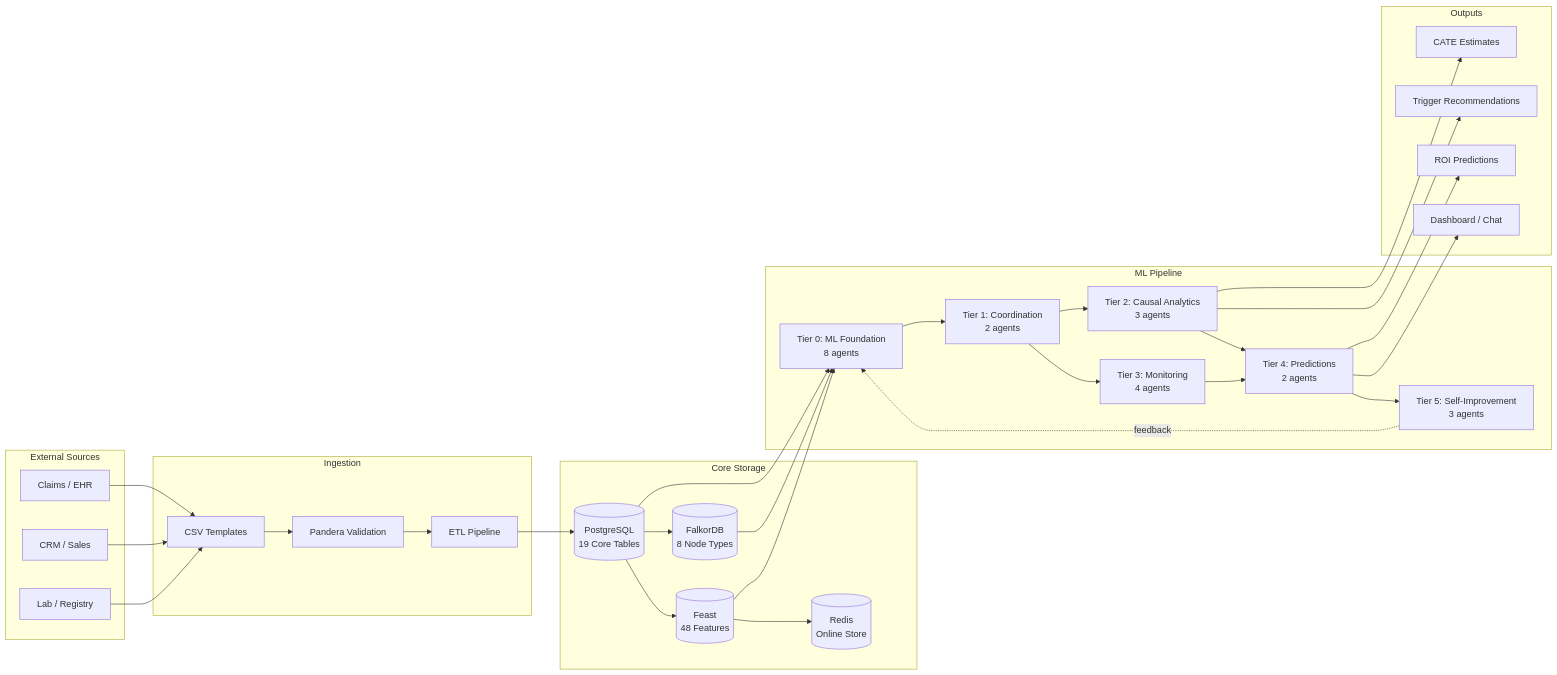
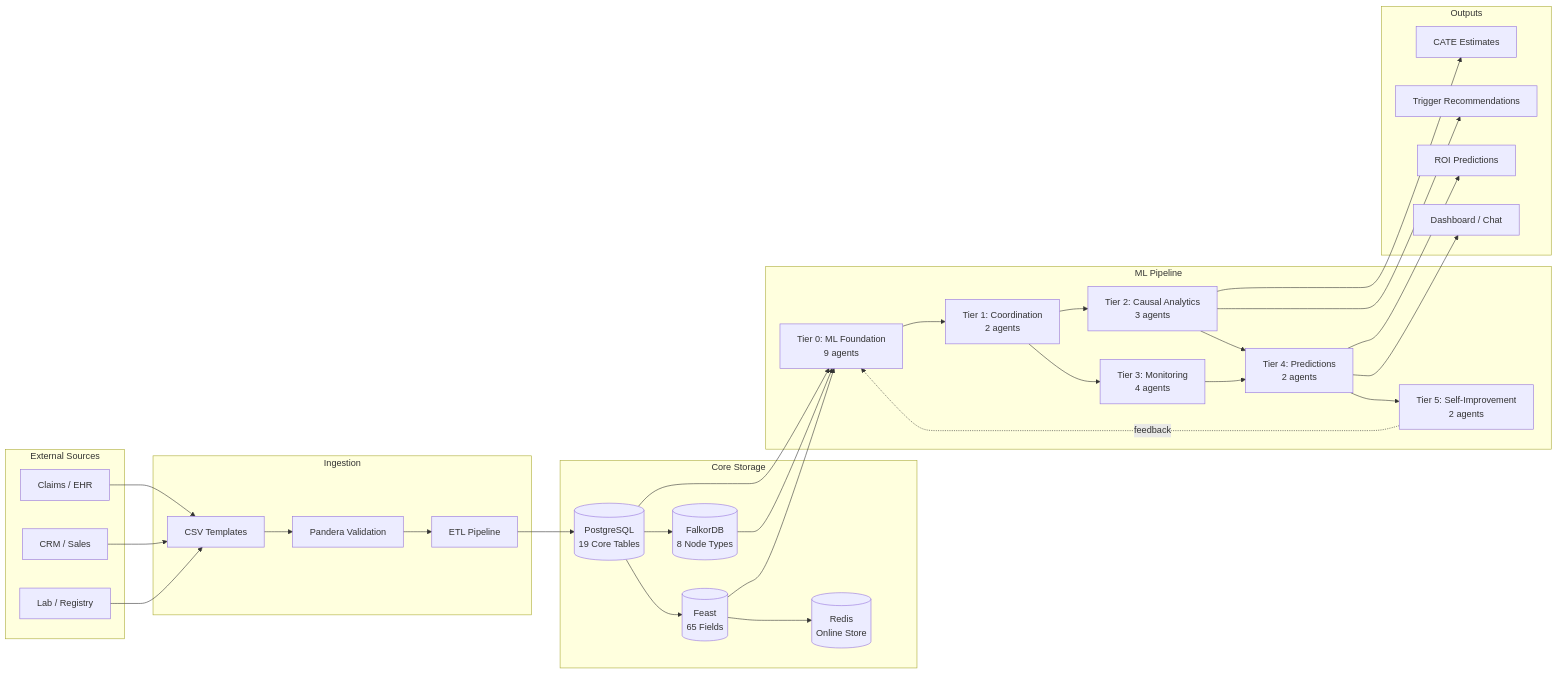
The diagram in docs/data/00-INDEX.md (enunezvn/e2i_causal_analytics), drawn with Mermaid before and after one commit. The commit also changed other lines of this file, not shown here.

````diff
--- a/docs/data/00-INDEX.md
+++ b/docs/data/00-INDEX.md
@@ -51,63 +55,63 @@
 ```mermaid
 flowchart LR
     subgraph "External Sources"
         CLAIMS[Claims / EHR]
         CRM[CRM / Sales]
         LAB[Lab / Registry]
     end
 
     subgraph "Ingestion"
         CSV[CSV Templates]
         PANDERA[Pandera Validation]
         ETL[ETL Pipeline]
     end
 
     subgraph "Core Storage"
         PG[(PostgreSQL<br/>19 Core Tables)]
         GRAPH[(FalkorDB<br/>8 Node Types)]
-        FEAST[(Feast<br/>48 Features)]
+        FEAST[(Feast<br/>65 Fields)]
         REDIS[(Redis<br/>Online Store)]
     end
 
     subgraph "ML Pipeline"
-        T0[Tier 0: ML Foundation<br/>8 agents]
+        T0[Tier 0: ML Foundation<br/>9 agents]
         T1[Tier 1: Coordination<br/>2 agents]
         T2[Tier 2: Causal Analytics<br/>3 agents]
         T3[Tier 3: Monitoring<br/>4 agents]
         T4[Tier 4: Predictions<br/>2 agents]
-        T5[Tier 5: Self-Improvement<br/>3 agents]
+        T5[Tier 5: Self-Improvement<br/>2 agents]
     end
 
     subgraph "Outputs"
         CATE[CATE Estimates]
         TRIG[Trigger Recommendations]
         ROI[ROI Predictions]
         DASH[Dashboard / Chat]
     end
 
     CLAIMS --> CSV
     CRM --> CSV
     LAB --> CSV
     CSV --> PANDERA
     PANDERA --> ETL
     ETL --> PG
     PG --> GRAPH
     PG --> FEAST
     FEAST --> REDIS
 
     PG --> T0
     GRAPH --> T0
     FEAST --> T0
     T0 --> T1
     T1 --> T2
     T1 --> T3
     T2 --> T4
     T3 --> T4
     T4 --> T5
     T5 -.->|feedback| T0
 
     T2 --> CATE
     T2 --> TRIG
     T4 --> ROI
     T4 --> DASH
 ```
````
